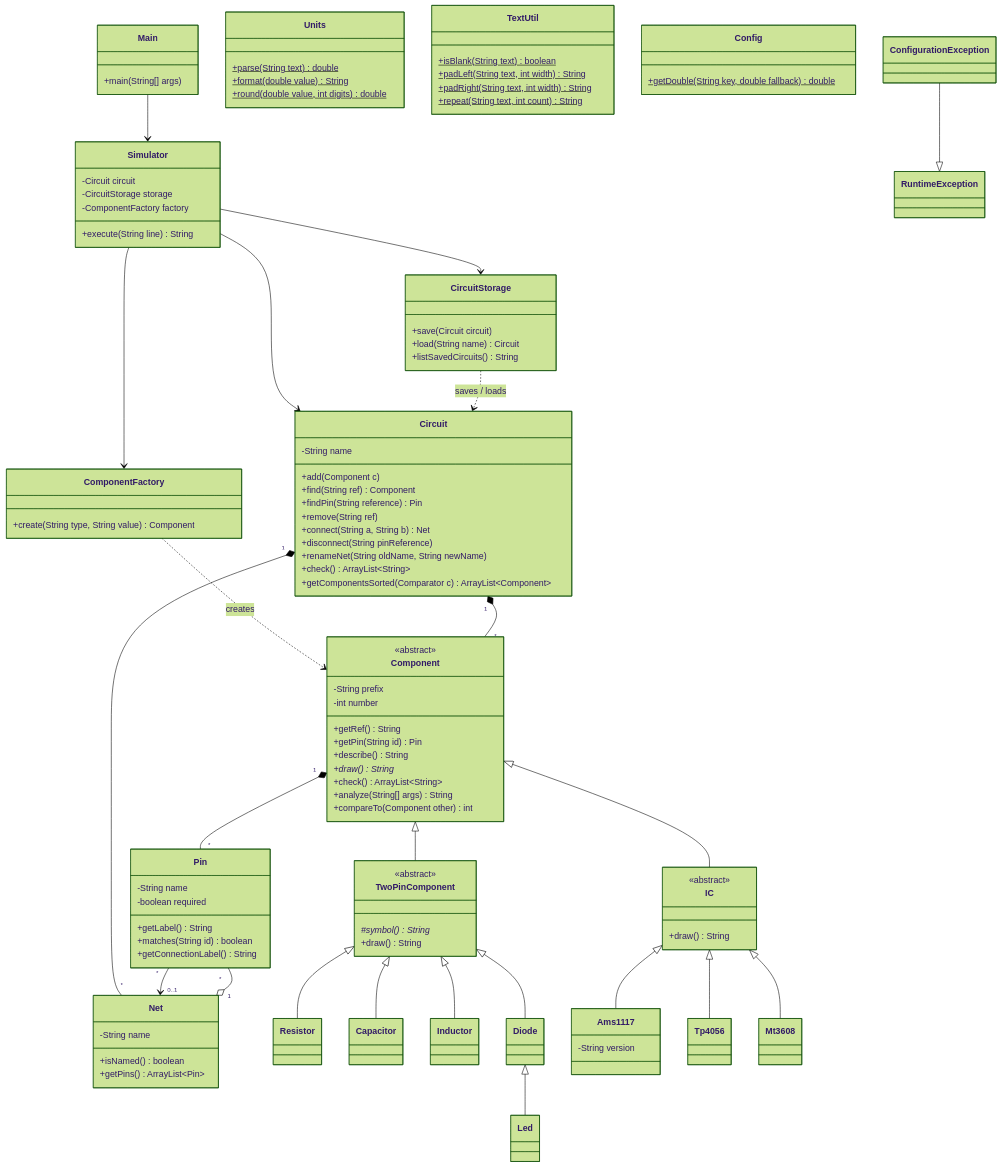
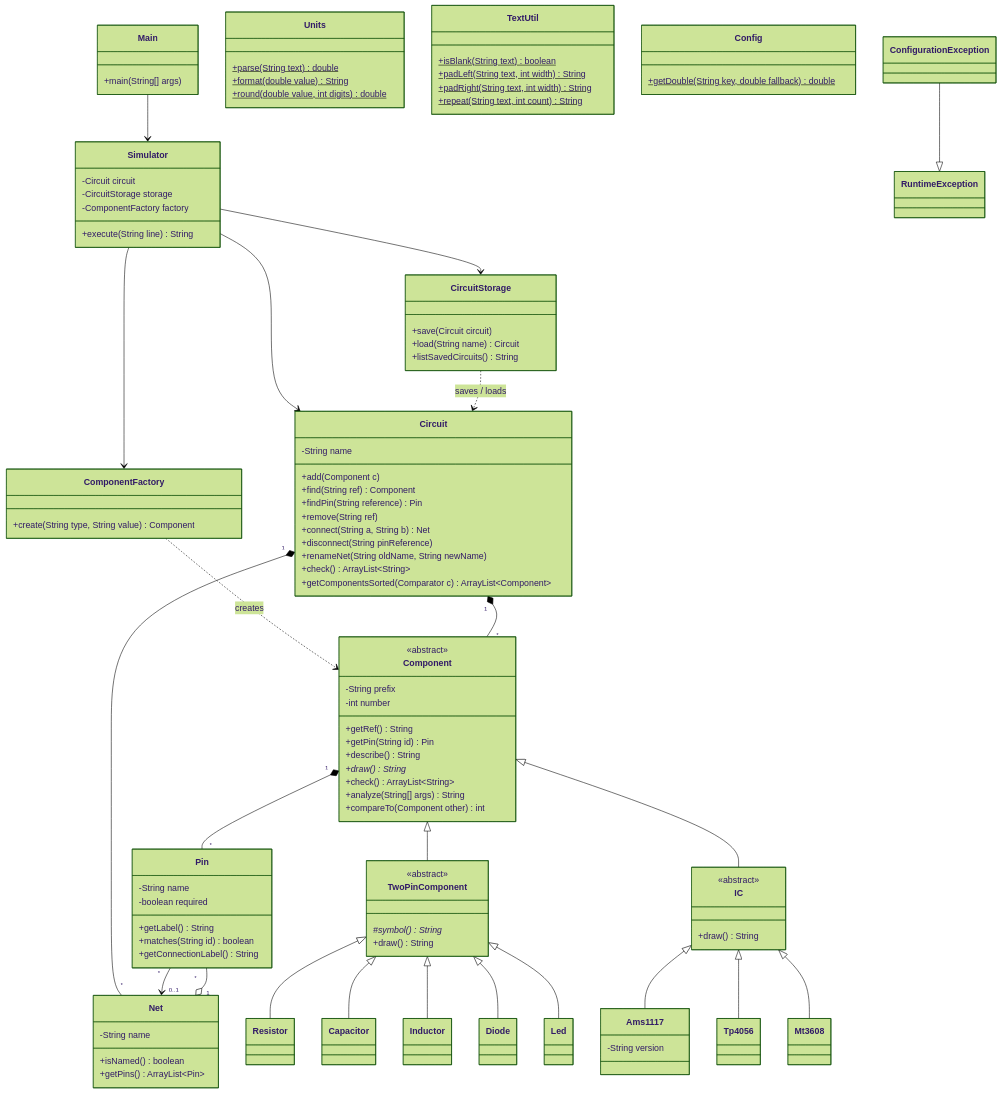
Before and after one commit to paco7828/ConsolAS-CII: the diagram in docs/class-diagram.md, drawn with Mermaid (forest theme).

```diff
--- a/docs/class-diagram.md
+++ b/docs/class-diagram.md
@@ -114,7 +114,7 @@
     TwoPinComponent <|-- Capacitor
     TwoPinComponent <|-- Inductor
     TwoPinComponent <|-- Diode
-    Diode <|-- Led
+    TwoPinComponent <|-- Led
     IC <|-- Ams1117
     IC <|-- Tp4056
     IC <|-- Mt3608
```
